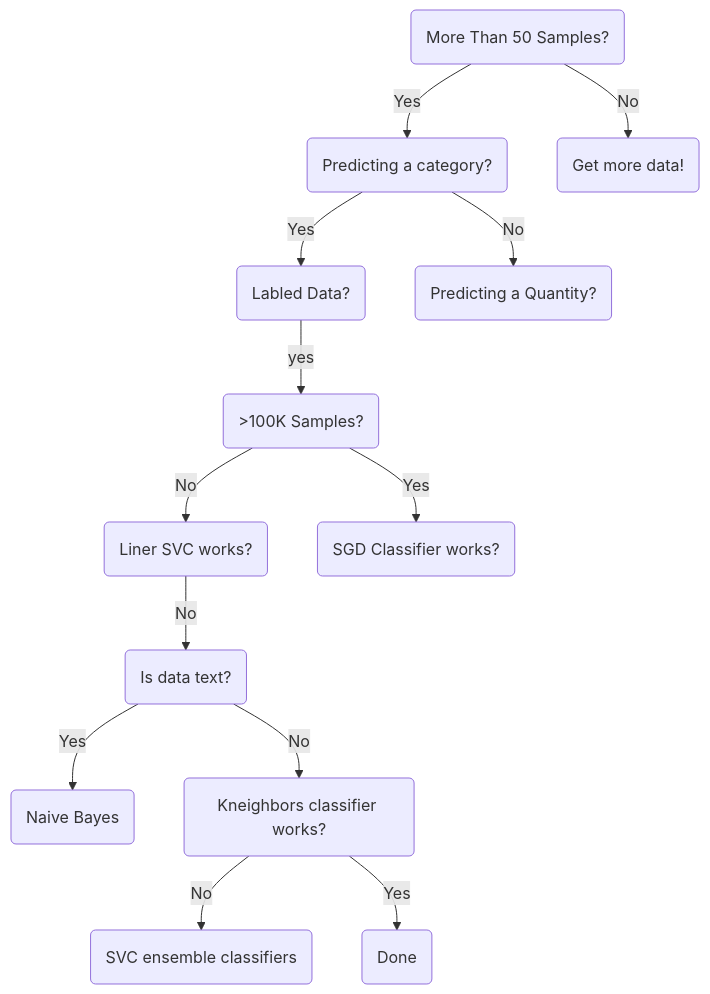
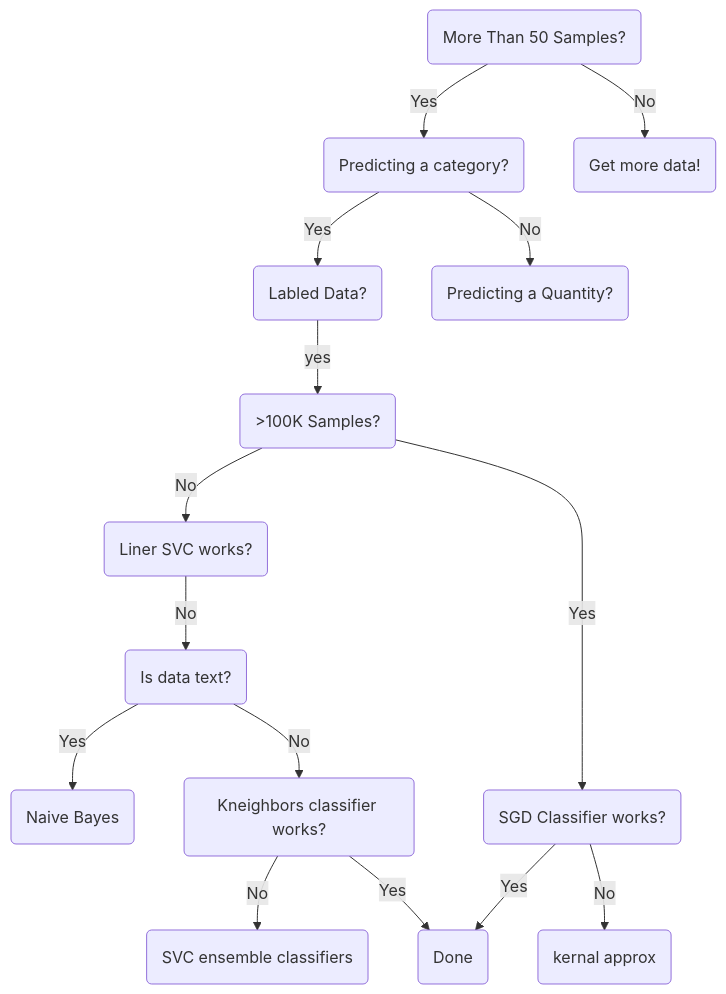
One commit to hwetsman/Public_Notes changed the diagram in ML_Cheatsheet.md. Above: the diagram before and after it, drawn with Mermaid.

````diff
--- a/ML_Cheatsheet.md
+++ b/ML_Cheatsheet.md
@@ -1,32 +1,35 @@
 ```mermaid
 flowchart TD
 id1(More Than 50 Samples?)
   id2(Predicting a category?)
     id1-->|Yes|id2
     id4(Labled Data?)
       id2-->|Yes|id4
       id6(>100K Samples?)
         id4-->|yes|id6
         id7(Liner SVC works?)
         id6-->|No|id7
         id8(SGD Classifier works?)
+          id8-->|Yes|id99
+          id13(kernal approx)
+          id8-->|No|id13
         id6-->|Yes|id8
           id9(Is data text?)
           id7-->|No|id9
             id10(Naive Bayes)
             id9-->|Yes|id10
             id11(Kneighbors classifier works?)
             id9-->|No|id11
               id12(SVC ensemble classifiers)
               id11-->|No|id12
               id99(Done)
               id11-->|Yes|id99
     id5(Predicting a Quantity?)
       id2-->|No|id5
 
 
   id3(Get more data!)
     id1-->|No|id3
   
   
 ```
````
